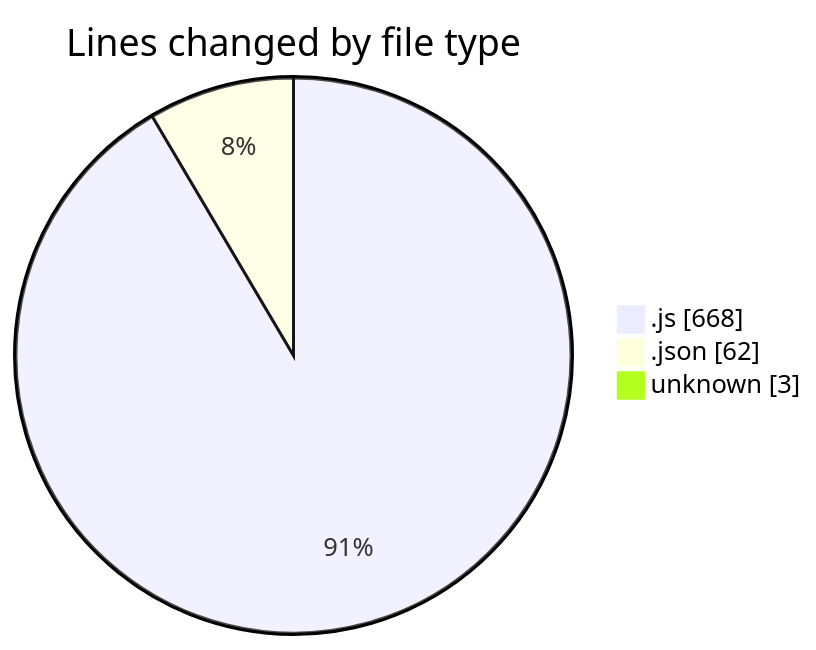
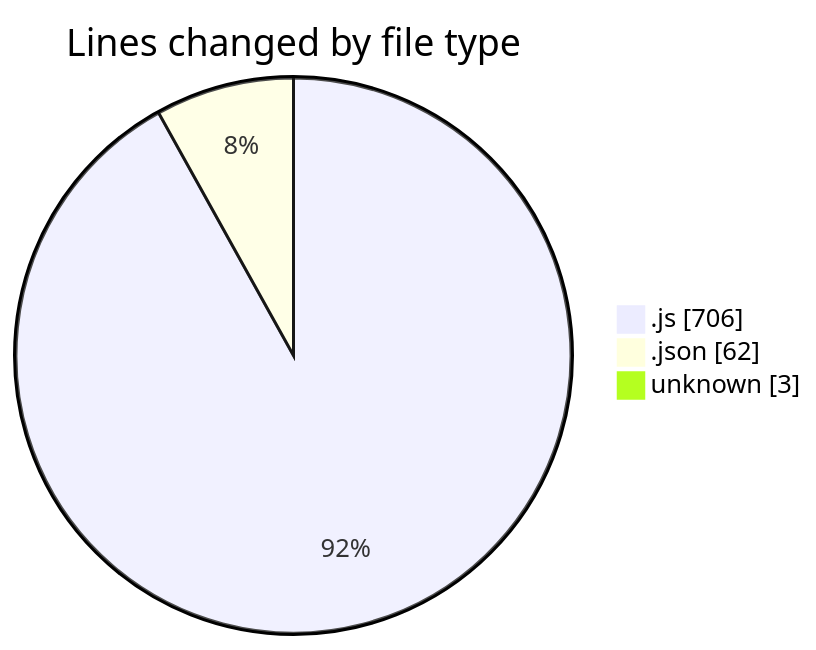
Before and after one commit to Ritupan-Deka/code-tracking: the first of 2 diagrams in 2025-07-02/mern-thinkboard/README.md, drawn with Mermaid. The commit also changed other lines of this file and 1 other file, not shown here.

````diff
--- a/2025-07-02/mern-thinkboard/README.md
+++ b/2025-07-02/mern-thinkboard/README.md
@@ -29,7 +30,7 @@
 ```mermaid
 pie showData
 title Lines changed by file type
-".js" : 668
+".js" : 706
 ".json" : 62
 "unknown" : 3
 ```
````
